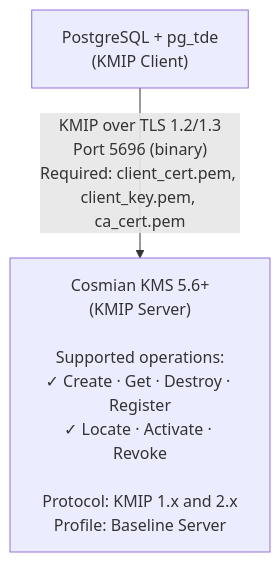
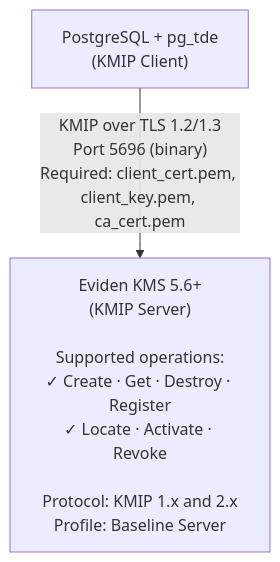
The second of 5 diagrams in documentation/docs/integrations/databases/percona.md (Cosmian/kms), drawn with Mermaid before and after one commit. The commit also changed other lines of this file and 79 other files, not shown here.

````diff
--- a/documentation/docs/integrations/databases/percona.md
+++ b/documentation/docs/integrations/databases/percona.md
@@ -58,6 +58,6 @@
 ```mermaid
 flowchart TB
     pg["PostgreSQL + pg_tde<br/>(KMIP Client)"]
-    kms["Cosmian KMS 5.6+<br/>(KMIP Server)<br/><br/>Supported operations:<br/>✓ Create · Get · Destroy · Register<br/>✓ Locate · Activate · Revoke<br/><br/>Protocol: KMIP 1.x and 2.x<br/>Profile: Baseline Server"]
+    kms["Eviden KMS 5.6+<br/>(KMIP Server)<br/><br/>Supported operations:<br/>✓ Create · Get · Destroy · Register<br/>✓ Locate · Activate · Revoke<br/><br/>Protocol: KMIP 1.x and 2.x<br/>Profile: Baseline Server"]
     pg -->|"KMIP over TLS 1.2/1.3<br/>Port 5696 (binary)<br/>Required: client_cert.pem, client_key.pem, ca_cert.pem"| kms
 ```
````
